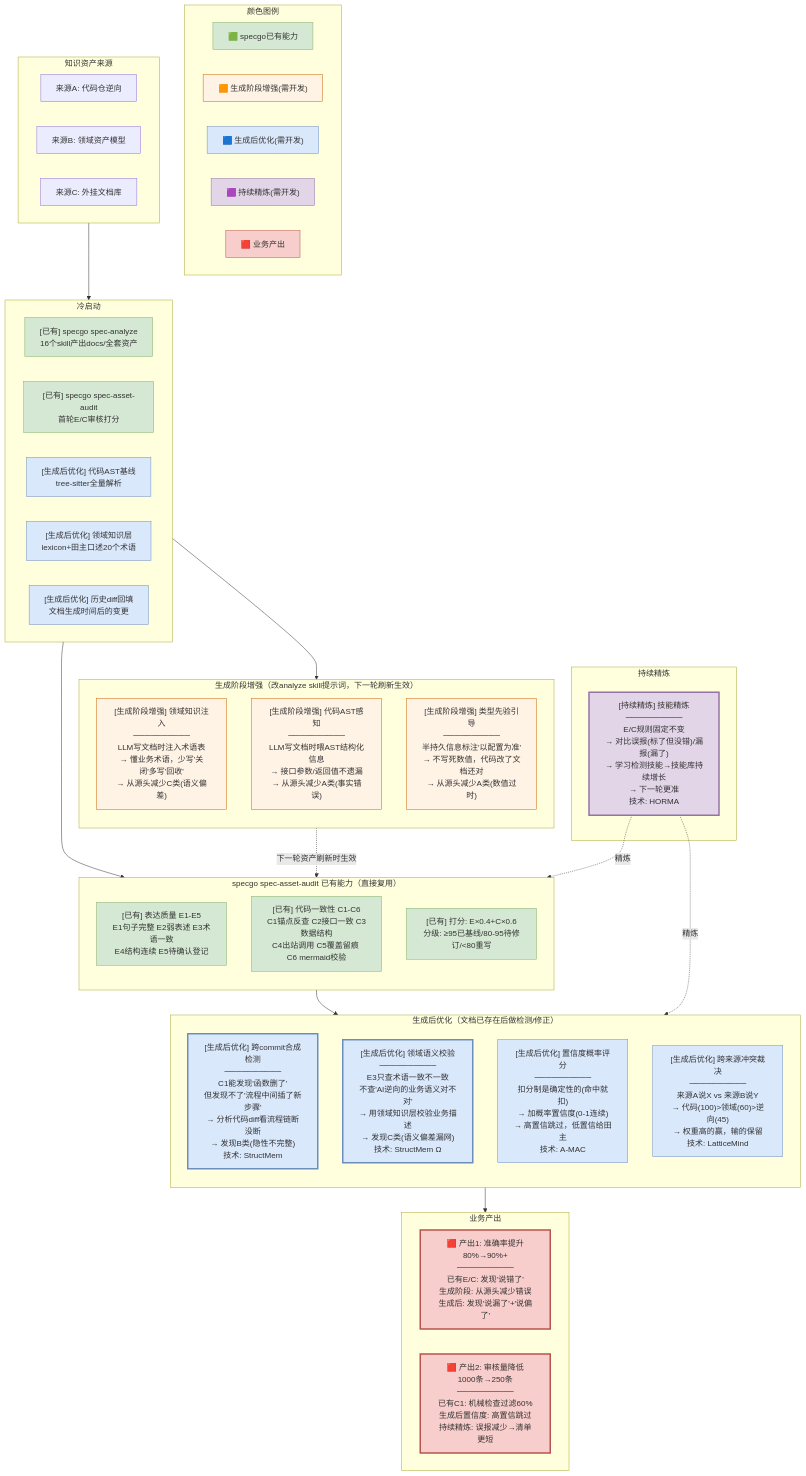
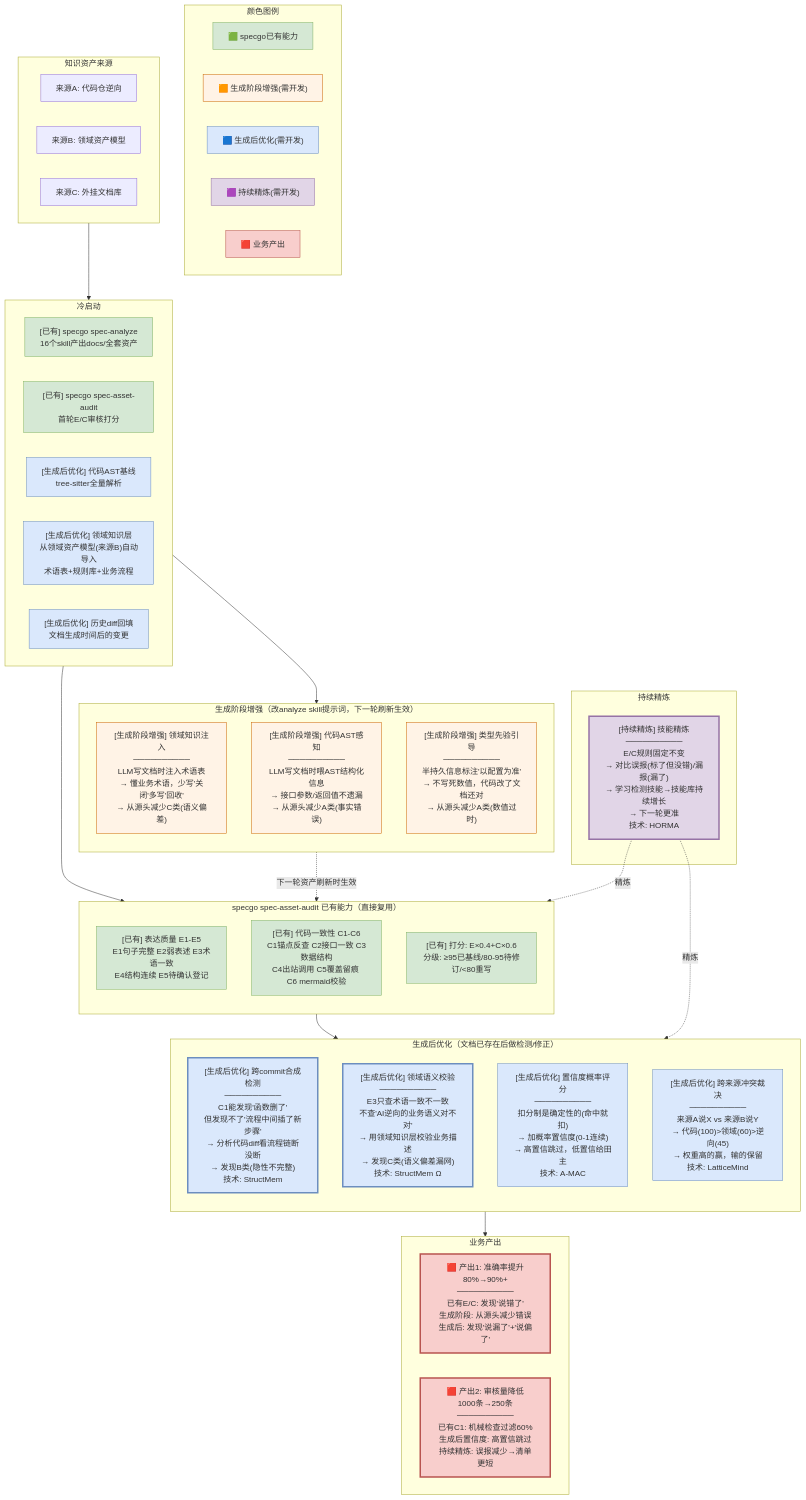
The first of 2 diagrams in POC/存量知识资产治理完整解决方案.md (hututuxinyu/Memory), drawn with Mermaid before and after one commit. The commit also changed other lines of this file, not shown here.

```diff
--- a/POC/存量知识资产治理完整解决方案.md
+++ b/POC/存量知识资产治理完整解决方案.md
@@ -41,7 +41,7 @@
         CS1["[已有] specgo spec-analyze<br/>16个skill产出docs/全套资产"]
         CS2["[已有] specgo spec-asset-audit<br/>首轮E/C审核打分"]
         CS3["[生成后优化] 代码AST基线<br/>tree-sitter全量解析"]
-        CS4["[生成后优化] 领域知识层<br/>lexicon+田主口述20个术语"]
+        CS4["[生成后优化] 领域知识层<br/>从领域资产模型(来源B)自动导入<br/>术语表+规则库+业务流程"]
         CS5["[生成后优化] 历史diff回填<br/>文档生成时间后的变更"]
     end
 
```
